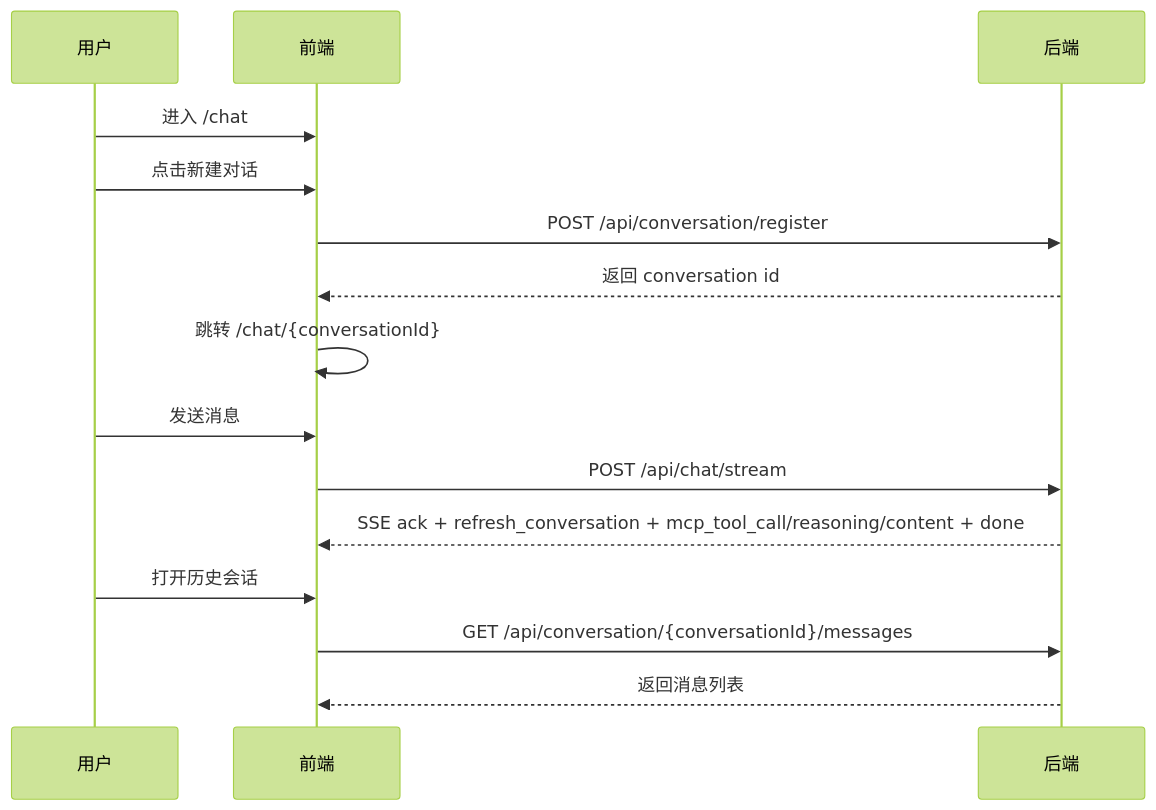
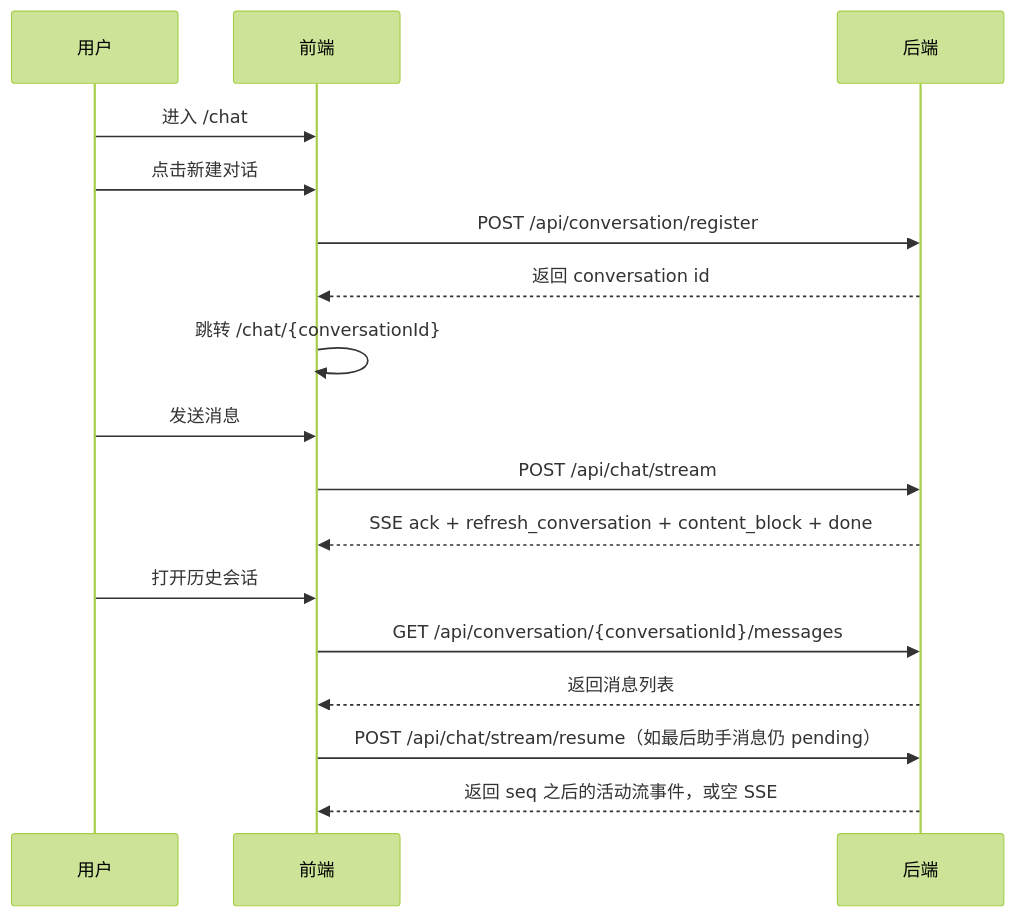
The diagram in frontend/docs/conversation.md (wuhonglei/chat-agent), drawn with Mermaid (forest theme) before and after one commit. The commit also changed other lines of this file and 7 other files, not shown here.

````diff
--- a/frontend/docs/conversation.md
+++ b/frontend/docs/conversation.md
@@ -72,20 +81,23 @@
 ```mermaid
 sequenceDiagram
     participant U as 用户
     participant FE as 前端
     participant API as 后端
 
     U->>FE: 进入 /chat
     U->>FE: 点击新建对话
     FE->>API: POST /api/conversation/register
     API-->>FE: 返回 conversation id
     FE->>FE: 跳转 /chat/{conversationId}
 
     U->>FE: 发送消息
     FE->>API: POST /api/chat/stream
-    API-->>FE: SSE ack + refresh_conversation + mcp_tool_call/reasoning/content + done
+    API-->>FE: SSE ack + refresh_conversation + content_block + done
 
     U->>FE: 打开历史会话
     FE->>API: GET /api/conversation/{conversationId}/messages
     API-->>FE: 返回消息列表
+
+    FE->>API: POST /api/chat/stream/resume（如最后助手消息仍 pending）
+    API-->>FE: 返回 seq 之后的活动流事件，或空 SSE
 ```
````
